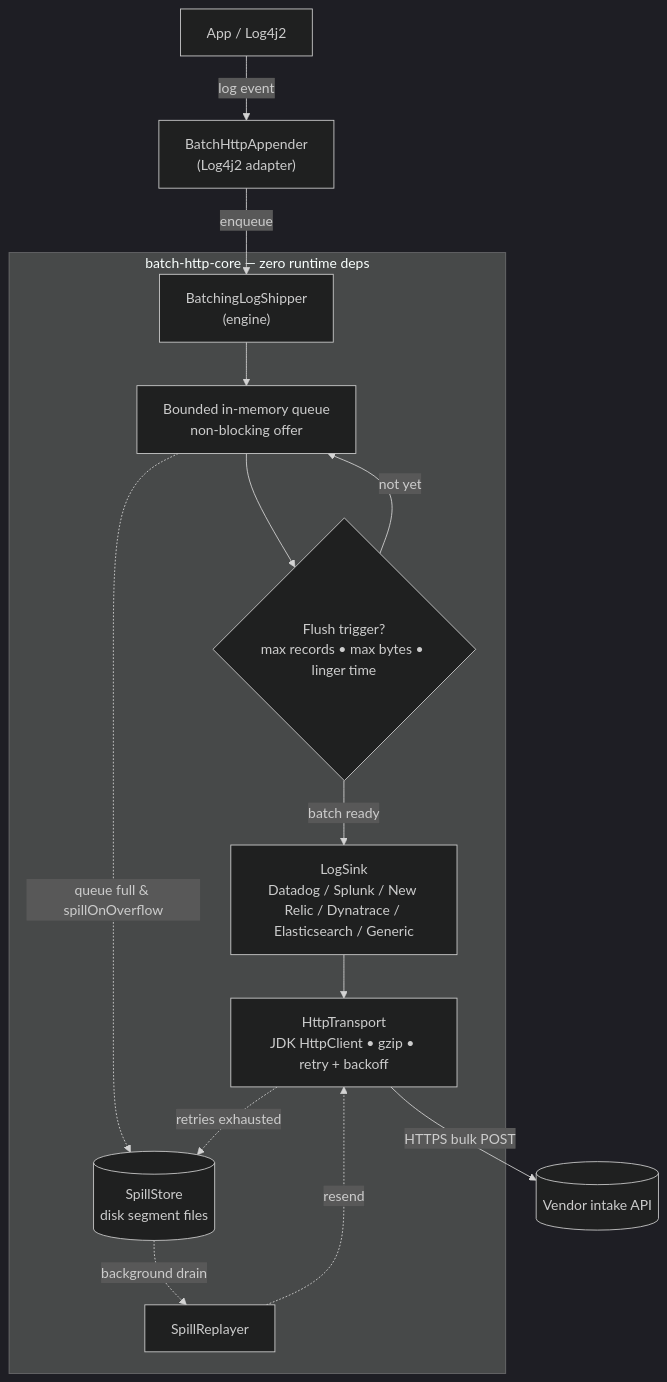
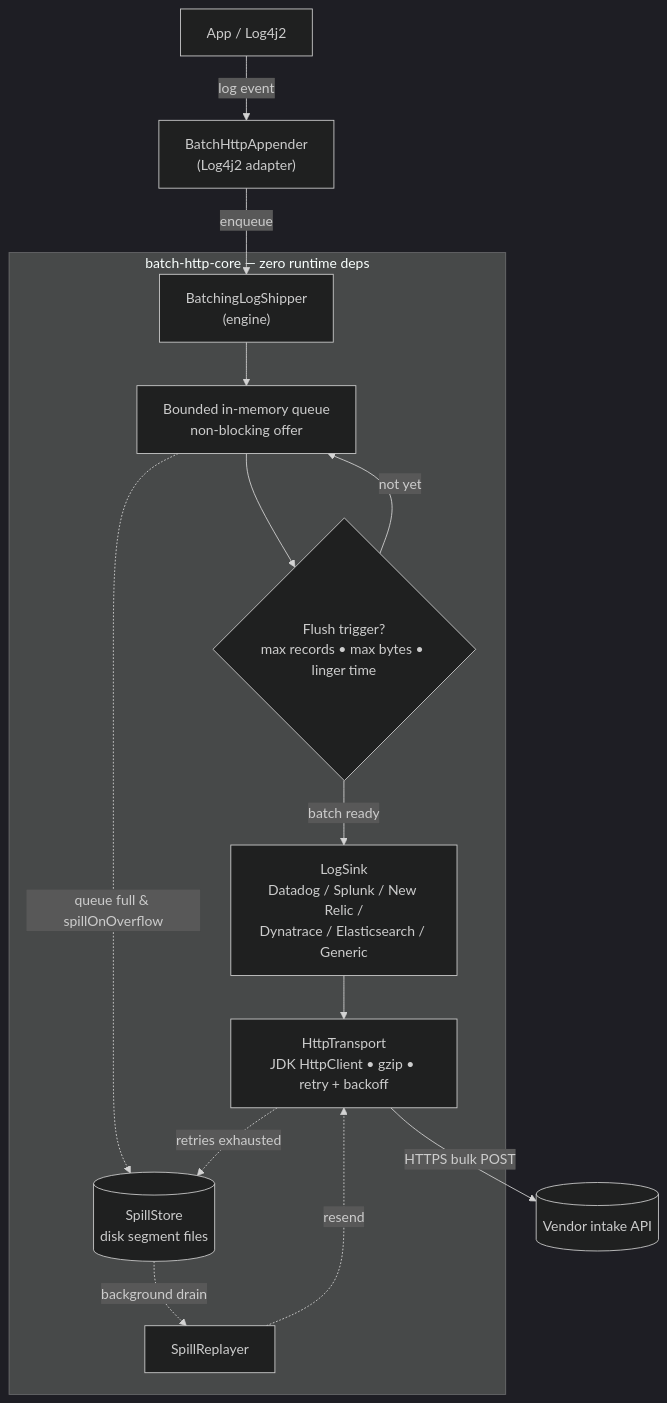
The first of 2 diagrams in docs/architecture.md (mulesoft/batch-http-log-appender), drawn with Mermaid (dark theme) before and after one commit. The commit also changed 7 other files, not shown here.

````diff
--- a/docs/architecture.md
+++ b/docs/architecture.md
@@ -19,20 +19,24 @@
 ```mermaid
 flowchart TD
     App["App / Log4j2"] -->|log event| Adapter["BatchHttpAppender<br/>(Log4j2 adapter)"]
     Adapter -->|enqueue| Shipper["BatchingLogShipper<br/>(engine)"]
 
     subgraph core["batch-http-core — zero runtime deps"]
         Shipper --> Queue["Bounded in-memory queue<br/>non-blocking offer"]
-        Queue --> Flush{"Flush trigger?<br/>max records &bull; max bytes &bull; linger time"}
+        Flush{"Flush trigger?<br/>max records &bull; max bytes &bull; linger time"}
+        Queue --> Flush
         Flush -->|not yet| Queue
-        Flush -->|batch ready| Sink["LogSink<br/>Datadog / Splunk / New Relic / Dynatrace / Elasticsearch / Generic"]
-        Sink --> Transport["HttpTransport<br/>JDK HttpClient &bull; gzip &bull; retry + backoff"]
+        Sink["LogSink<br/>Datadog / Splunk / New Relic /<br/>Dynatrace / Elasticsearch / Generic"]
+        Flush -->|batch ready| Sink
+        Transport["HttpTransport<br/>JDK HttpClient &bull; gzip &bull; retry + backoff"]
+        Sink --> Transport
 
-        Queue -.->|queue full &amp; spillOnOverflow| Spill[("SpillStore<br/>disk segment files")]
+        Spill[("SpillStore<br/>disk segment files")]
+        Queue -.->|queue full &amp; spillOnOverflow| Spill
         Transport -.->|retries exhausted| Spill
         Spill -.->|background drain| Replayer["SpillReplayer"]
         Replayer -.->|resend| Transport
     end
 
     Transport -->|HTTPS bulk POST| Intake[("Vendor intake API")]
 ```
````
